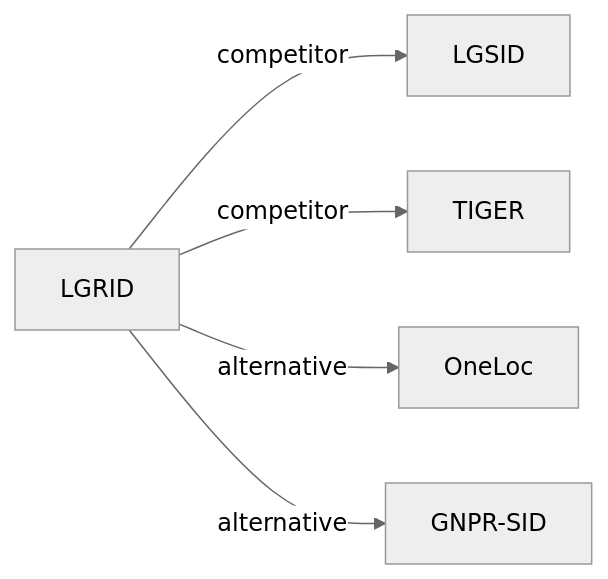
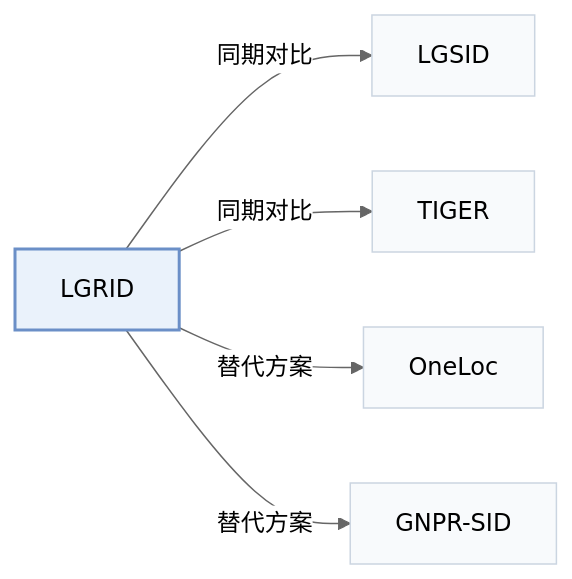
The third of 3 diagrams in pages/zh/papers/lgrid.md (Galaxy-ghost/Awesome-SID-Generative-Rec), drawn with Mermaid (neutral theme) before and after one commit. The commit also changed other lines of this file and 649 other files, not shown here.

Commit message:
writer-05: also tags and modality index (schema, check, build, visuals); summary field removed; calibration data for 12 papers

````diff
--- a/pages/zh/papers/lgrid.md
+++ b/pages/zh/papers/lgrid.md
@@ -125,8 +138,12 @@
 ```mermaid
 flowchart LR
     P["LGRID"]
-    P -->|competitor| A["LGSID"]
-    P -->|competitor| B["TIGER"]
-    P -->|alternative| C["OneLoc"]
-    P -->|alternative| D["GNPR-SID"]
+    P -->|"同期对比"| A["LGSID"]
+    P -->|"同期对比"| B["TIGER"]
+    P -->|"替代方案"| C["OneLoc"]
+    P -->|"替代方案"| D["GNPR-SID"]
+    classDef main fill:#eaf2fb,stroke:#6b8fc7,stroke-width:2px
+    classDef peer fill:#f8fafc,stroke:#cbd5e1
+    class P main
+    class A,B,C,D peer
 ```
````
